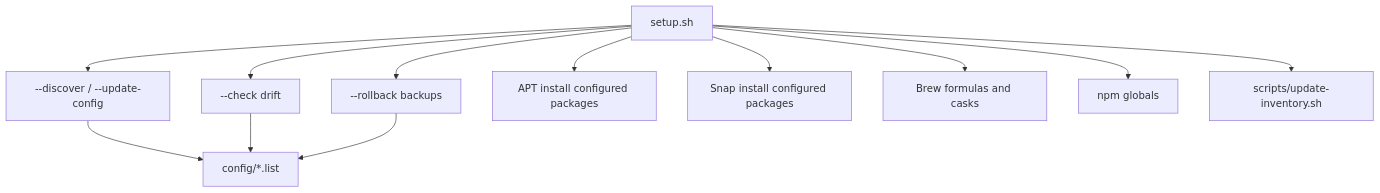
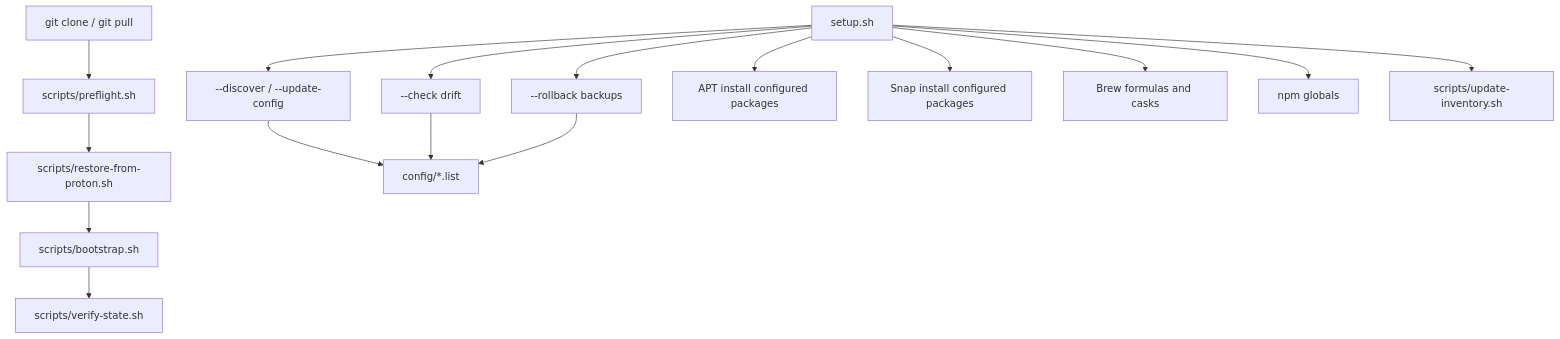
Before and after one commit to KasprowiczM/Ubuntu_Aktualizacje: the second of 4 diagrams in docs/PROJECT_MAP.md, drawn with Mermaid. The commit also changed other lines of this file and 39 other files, not shown here.

````diff
--- a/docs/PROJECT_MAP.md
+++ b/docs/PROJECT_MAP.md
@@ -37,15 +37,19 @@
 ```mermaid
 flowchart TD
+    Clone[git clone / git pull] --> Preflight[scripts/preflight.sh]
+    Preflight --> Restore[scripts/restore-from-proton.sh]
+    Restore --> Bootstrap[scripts/bootstrap.sh]
+    Bootstrap --> VerifyState[scripts/verify-state.sh]
     Setup[setup.sh] --> Discover[--discover / --update-config]
     Setup --> Check[--check drift]
     Setup --> Rollback[--rollback backups]
     Setup --> AptInstall[APT install configured packages]
     Setup --> SnapInstall[Snap install configured packages]
     Setup --> BrewInstall[Brew formulas and casks]
     Setup --> NpmInstall[npm globals]
     Setup --> Inventory[scripts/update-inventory.sh]
 
     Discover --> Config[config/*.list]
     Check --> Config
     Rollback --> Config
 ```
````
